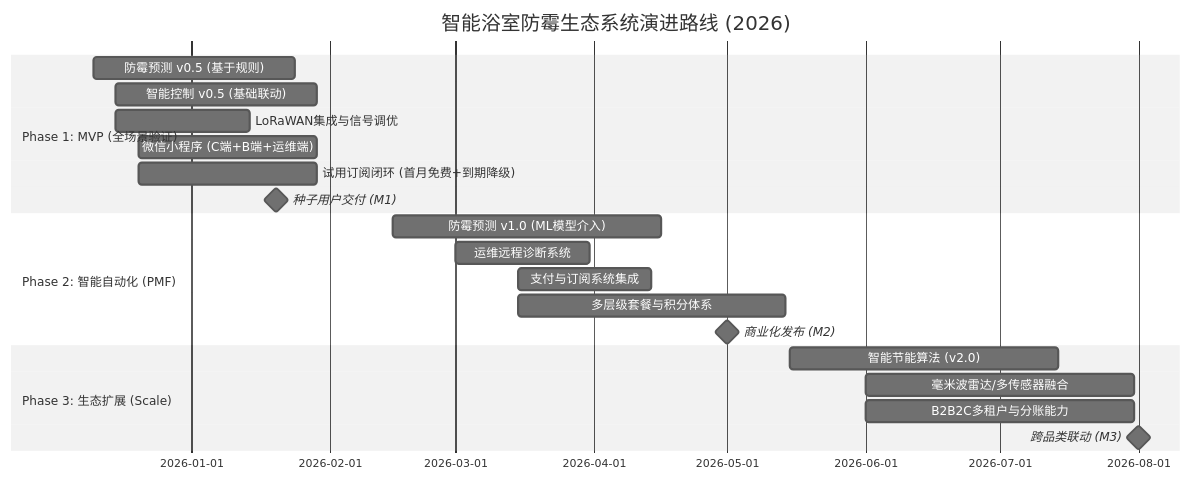
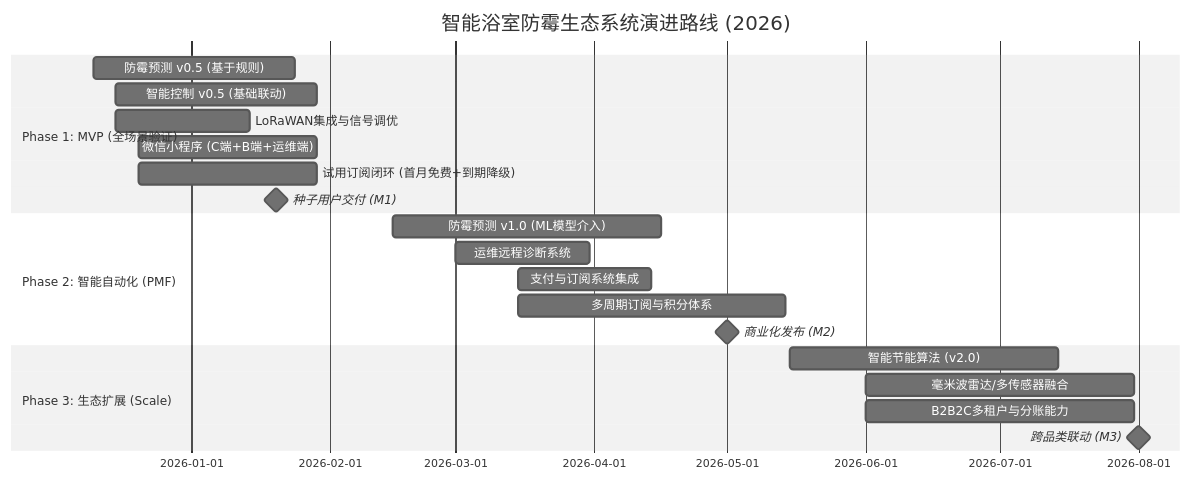
Before and after one commit to aime4eve/lite-webviewer: the diagram in .trae/MVP/防霉管控MVP/D2/DDD-STR-SmartMoldGuard-20251209-v2.0-07-Roadmap.md, drawn with Mermaid (neutral theme). The commit also changed other lines of this file and 43 other files, not shown here.

````diff
--- a/.trae/MVP/防霉管控MVP/D2/DDD-STR-SmartMoldGuard-20251209-v2.0-07-Roadmap.md
+++ b/.trae/MVP/防霉管控MVP/D2/DDD-STR-SmartMoldGuard-20251209-v2.0-07-Roadmap.md
@@ -10,26 +10,26 @@
 ```mermaid
 gantt
     title 智能浴室防霉生态系统演进路线 (2026)
     dateFormat YYYY-MM-DD
     
     section Phase 1: MVP (全场景验证)
     防霉预测 v0.5 (基于规则) :t1, 2025-12-10, 45d
     智能控制 v0.5 (基础联动) :t2, 2025-12-15, 45d
     LoRaWAN集成与信号调优 :t3, 2025-12-15, 30d
     微信小程序 (C端+B端+运维端) :t4, 2025-12-20, 40d
     试用订阅闭环 (首月免费+到期降级) :tSub1, 2025-12-20, 40d
     种子用户交付 (M1) :milestone, 2026-01-20, 0d
 
     section Phase 2: 智能自动化 (PMF)
     防霉预测 v1.0 (ML模型介入) :t5, 2026-02-15, 60d
     运维远程诊断系统 :t6, 2026-03-01, 30d
     支付与订阅系统集成 :t7, 2026-03-15, 30d
-    多层级套餐与积分体系 :tSub2, 2026-03-15, 60d
+    多周期订阅与积分体系 :tSub2, 2026-03-15, 60d
     商业化发布 (M2) :milestone, 2026-05-01, 0d
 
     section Phase 3: 生态扩展 (Scale)
     智能节能算法 (v2.0) :t8, 2026-05-15, 60d
     毫米波雷达/多传感器融合 :t9, 2026-06-01, 60d
     B2B2C多租户与分账能力 :tSub3, 2026-06-01, 60d
     跨品类联动 (M3) :milestone, 2026-08-01, 0d
 ```
````
